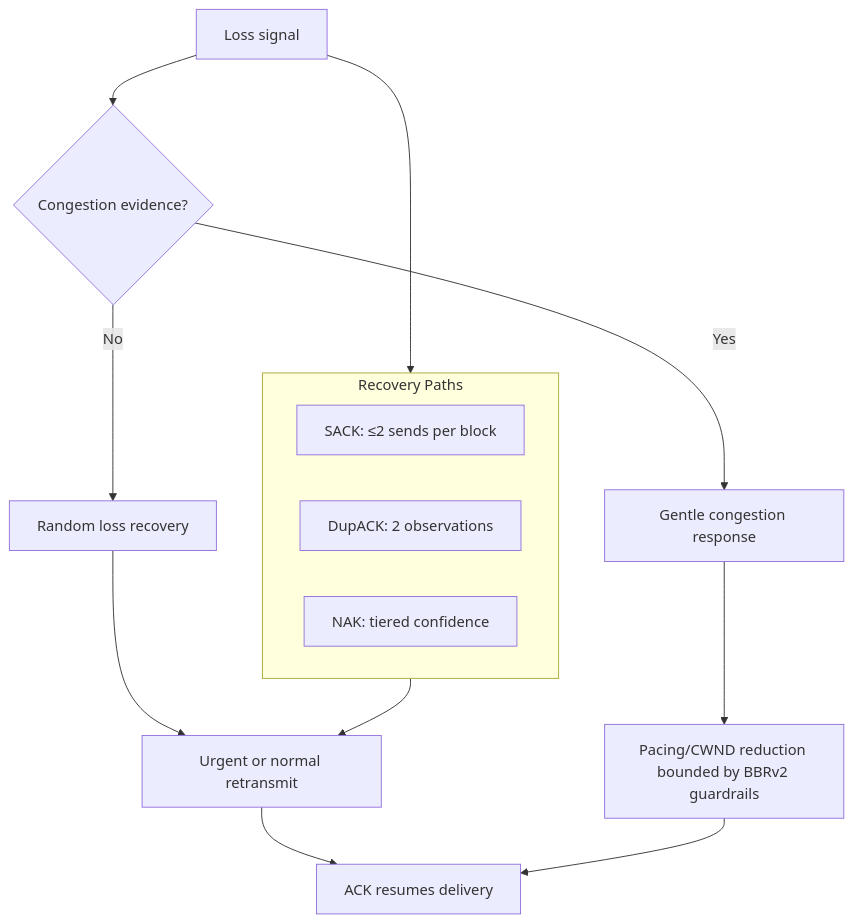
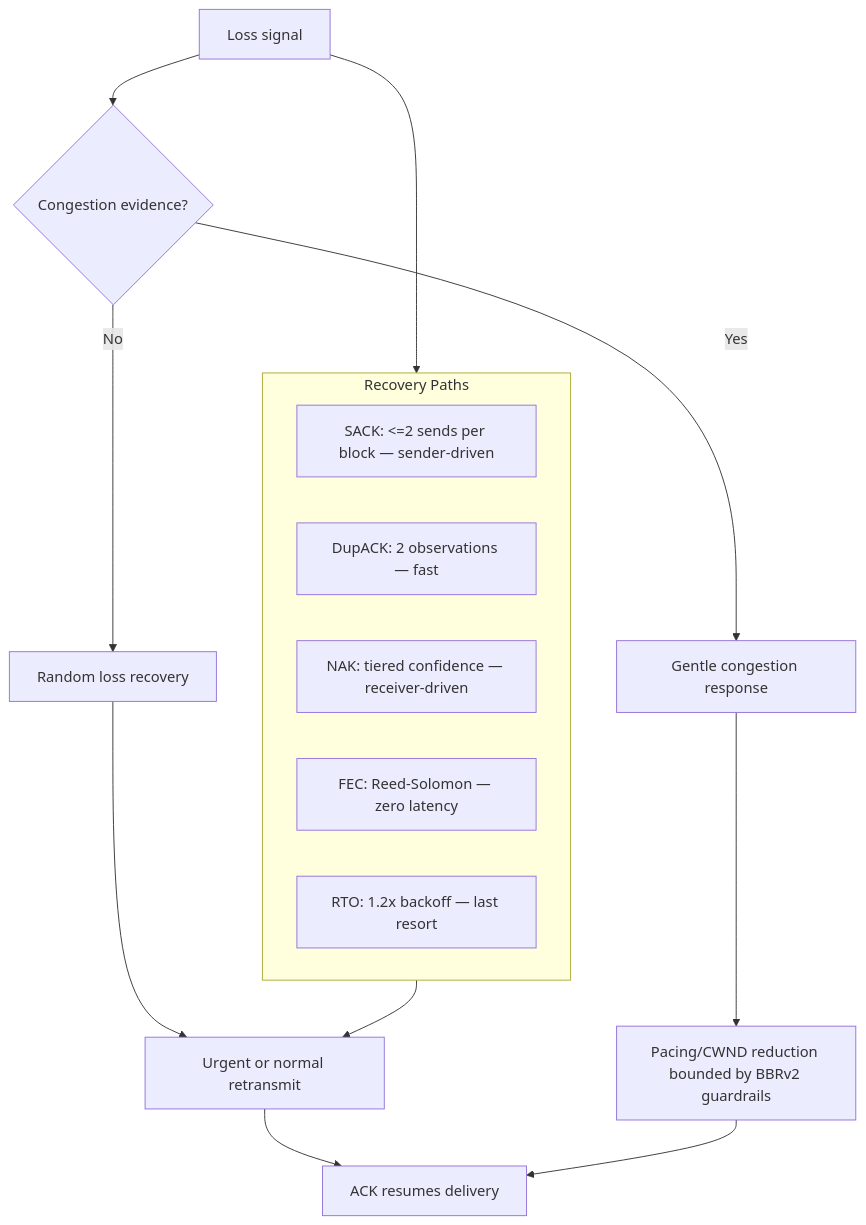
The first of 9 diagrams in docs/protocol.md (liulilittle/ucp), drawn with Mermaid before and after one commit. The commit also changed other lines of this file and 17 other files, not shown here.

````diff
--- a/docs/protocol.md
+++ b/docs/protocol.md
@@ -17,21 +19,23 @@
 ```mermaid
 flowchart TD
     Loss[Loss signal] --> Classifier{Congestion evidence?}
     Classifier -->|No| Random[Random loss recovery]
     Classifier -->|Yes| Congestion[Gentle congestion response]
 
     Random --> Repair[Urgent or normal retransmit]
     Congestion --> Reduce[Pacing/CWND reduction bounded by BBRv2 guardrails]
 
     Repair --> Ack[ACK resumes delivery]
     Reduce --> Ack
 
     subgraph Recovery[Recovery Paths]
-        SACK[SACK: ≤2 sends per block]
-        DupAck[DupACK: 2 observations]
-        NAK[NAK: tiered confidence]
+        SACK[SACK: <=2 sends per block — sender-driven]
+        DupAck[DupACK: 2 observations — fast]
+        NAK[NAK: tiered confidence — receiver-driven]
+        FEC[FEC: Reed-Solomon — zero latency]
+        RTO[RTO: 1.2x backoff — last resort]
     end
 
     Loss --> Recovery
     Recovery --> Repair
 ```
````
